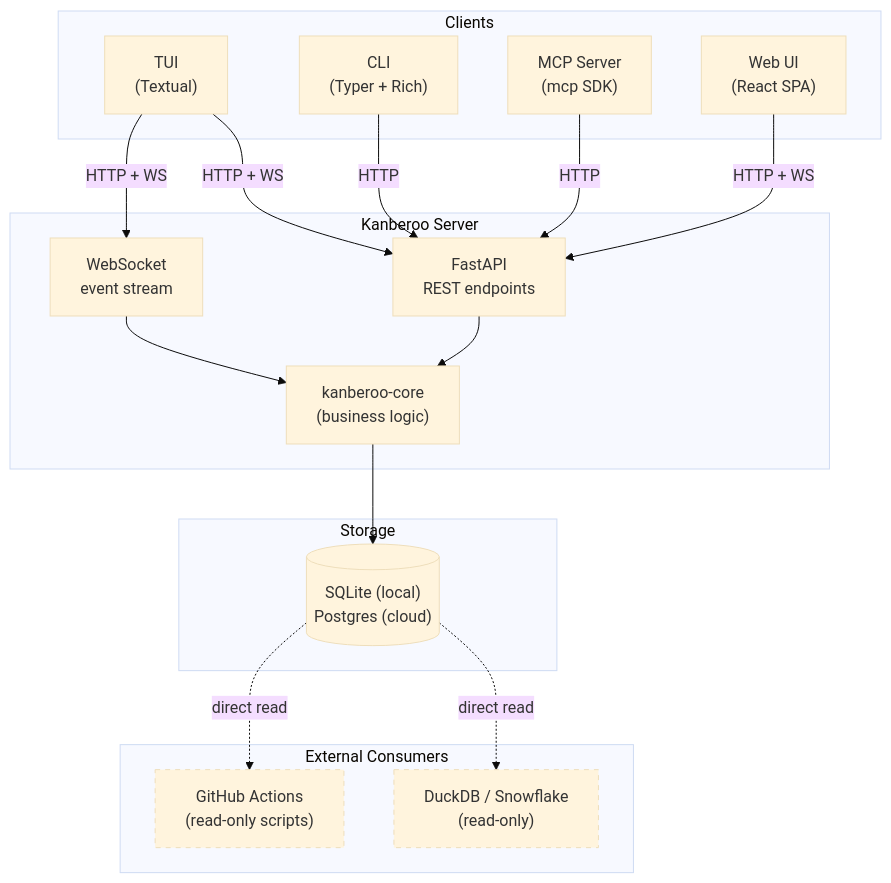
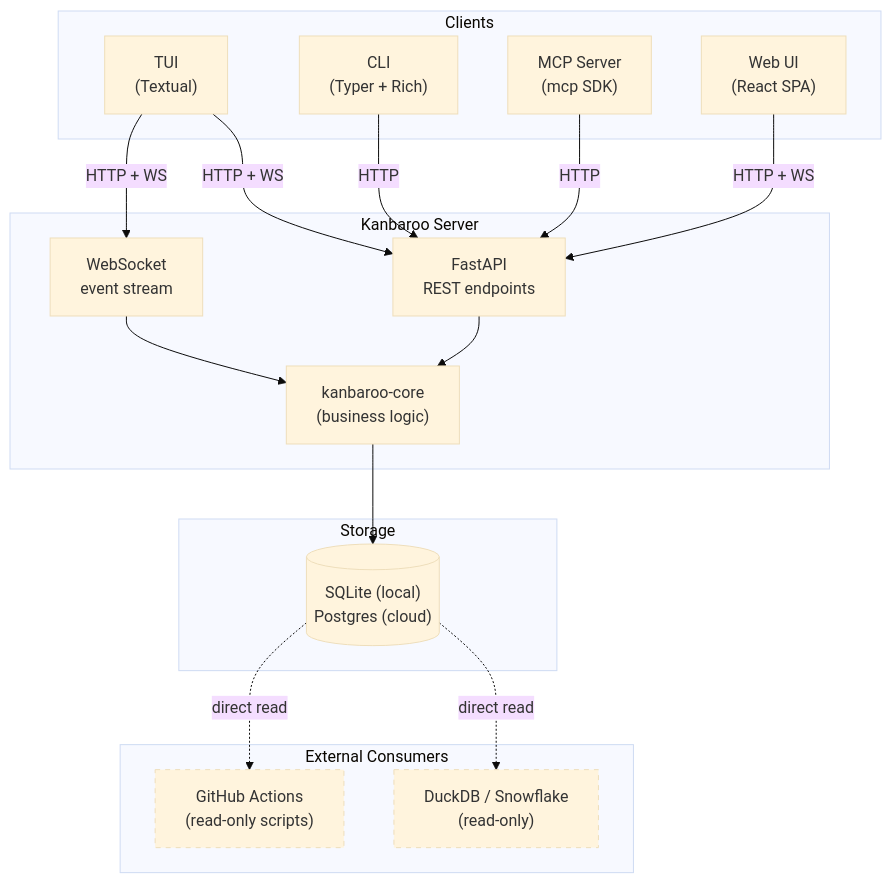
The diagram in README.md (areese801/kanbaroo), drawn with Mermaid (base theme) before and after one commit. The commit also changed other lines of this file and 530 other files, not shown here.

First line of the commit message:
chore: rename project from kanberoo to kanbaroo (#37)

````diff
--- a/README.md
+++ b/README.md
@@ -21,40 +21,40 @@
 ```mermaid
 flowchart TB
     subgraph clients["Clients"]
         TUI["TUI<br/>(Textual)"]
         CLI["CLI<br/>(Typer + Rich)"]
         MCP["MCP Server<br/>(mcp SDK)"]
         WEB["Web UI<br/>(React SPA)"]
     end
 
-    subgraph server["Kanberoo Server"]
+    subgraph server["Kanbaroo Server"]
         REST["FastAPI<br/>REST endpoints"]
         WS["WebSocket<br/>event stream"]
-        CORE["kanberoo-core<br/>(business logic)"]
+        CORE["kanbaroo-core<br/>(business logic)"]
     end
 
     subgraph storage["Storage"]
         DB[("SQLite (local)<br/>Postgres (cloud)")]
     end
 
     subgraph external["External Consumers"]
         DUCK["DuckDB / Snowflake<br/>(read-only)"]
         GHA["GitHub Actions<br/>(read-only scripts)"]
     end
 
     TUI -->|HTTP + WS| REST
     TUI -->|HTTP + WS| WS
     CLI -->|HTTP| REST
     MCP -->|HTTP| REST
     WEB -->|HTTP + WS| REST
 
     REST --> CORE
     WS --> CORE
     CORE --> DB
 
     DB -.->|direct read| DUCK
     DB -.->|direct read| GHA
 
     style DUCK stroke-dasharray: 5 5
     style GHA stroke-dasharray: 5 5
 ```
````
